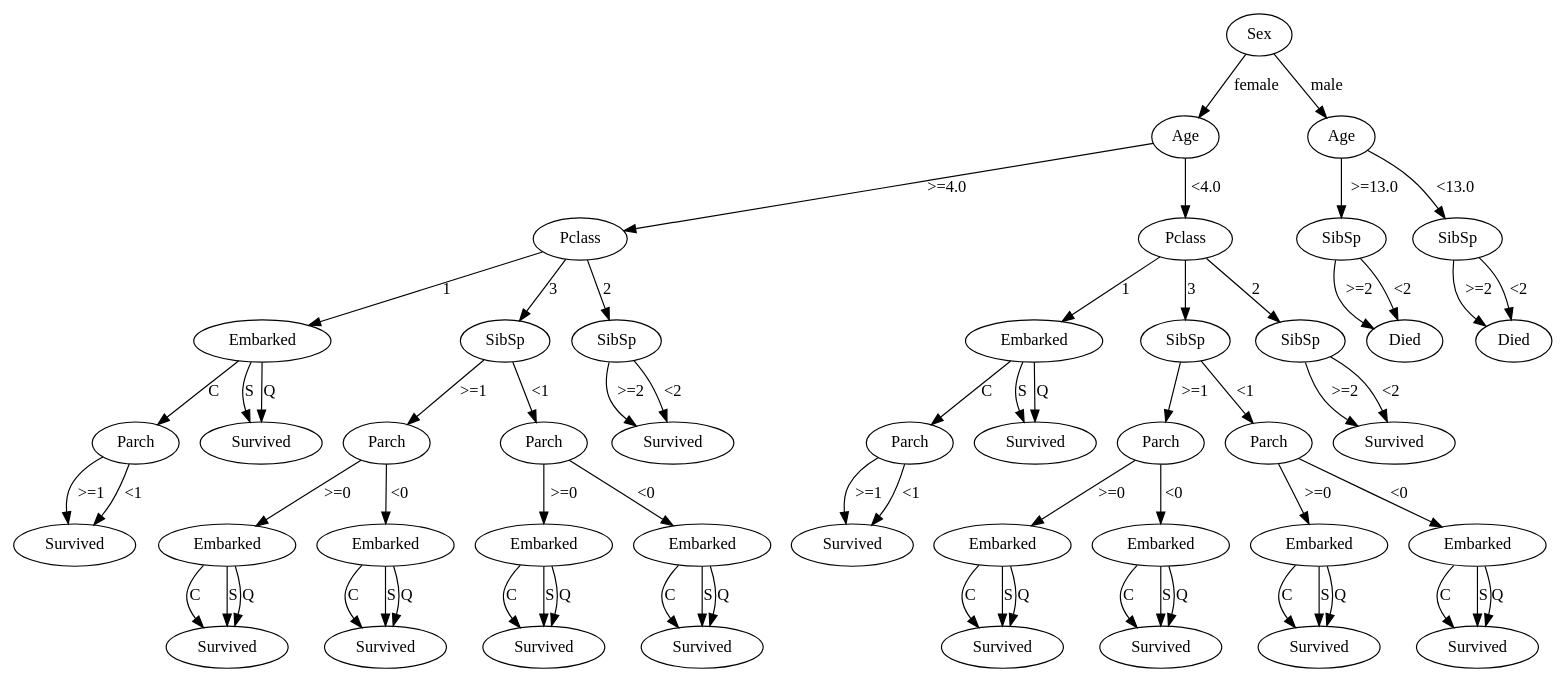
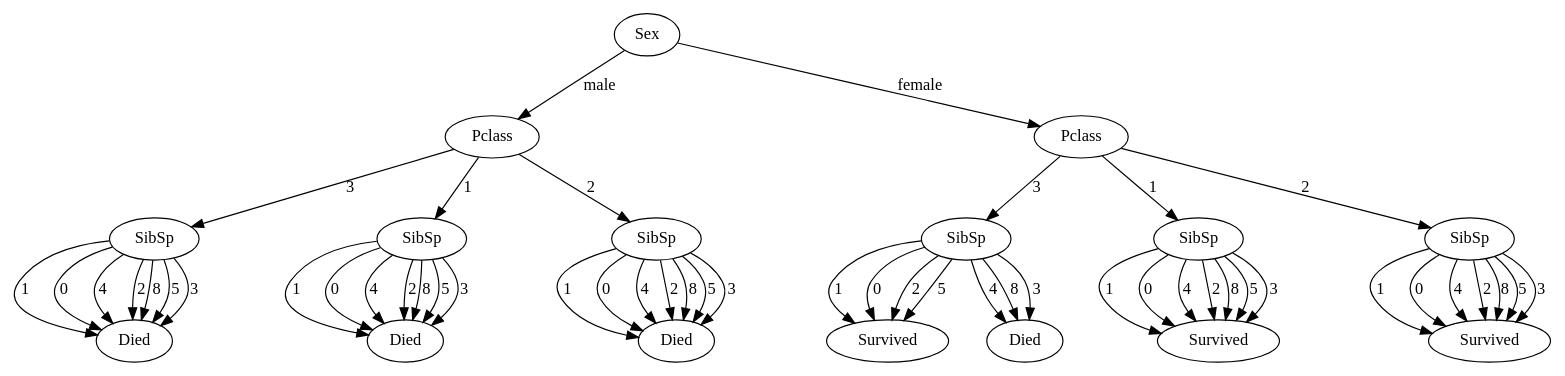
One commit to Jorgro/TDT4171-Methods-in-AI changed the diagram in test2.gv. Above: the diagram before and after it, drawn with Graphviz. The commit also changed 9 other files, not shown here.

```diff
--- a/test2.gv
+++ b/test2.gv
@@ -1,201 +1,153 @@
 // Network
 digraph {
 	Sex0 [label=Sex]
-	Age0 [label=Age]
-	Sex0 -> Age0 [label=female]
-	Age0 [label=Age]
 	Pclass0 [label=Pclass]
-	Age0 -> Pclass0 [label=">=4.0"]
-	Pclass0 [label=Pclass]
-	Embarked0 [label=Embarked]
-	Pclass0 -> Embarked0 [label=1]
-	Embarked0 [label=Embarked]
-	Parch0 [label=Parch]
-	Embarked0 -> Parch0 [label=C]
-	Parch0 [label=Parch]
-	14 [label=Survived]
-	Parch0 -> 14 [label=">=1"]
-	Parch0 [label=Parch]
-	14 [label=Survived]
-	Parch0 -> 14 [label="<1"]
-	Embarked0 [label=Embarked]
-	15 [label=Survived]
-	Embarked0 -> 15 [label=S]
-	Embarked0 [label=Embarked]
-	15 [label=Survived]
-	Embarked0 -> 15 [label=Q]
+	Sex0 -> Pclass0 [label=male]
 	Pclass0 [label=Pclass]
 	SibSp0 [label=SibSp]
 	Pclass0 -> SibSp0 [label=3]
 	SibSp0 [label=SibSp]
-	Parch1 [label=Parch]
-	SibSp0 -> Parch1 [label=">=1"]
-	Parch1 [label=Parch]
-	Embarked1 [label=Embarked]
-	Parch1 -> Embarked1 [label=">=0"]
-	Embarked1 [label=Embarked]
-	19 [label=Survived]
-	Embarked1 -> 19 [label=C]
-	Embarked1 [label=Embarked]
-	19 [label=Survived]
-	Embarked1 -> 19 [label=S]
-	Embarked1 [label=Embarked]
-	19 [label=Survived]
-	Embarked1 -> 19 [label=Q]
-	Parch1 [label=Parch]
-	Embarked2 [label=Embarked]
-	Parch1 -> Embarked2 [label="<0"]
-	Embarked2 [label=Embarked]
-	111 [label=Survived]
-	Embarked2 -> 111 [label=C]
-	Embarked2 [label=Embarked]
-	111 [label=Survived]
-	Embarked2 -> 111 [label=S]
-	Embarked2 [label=Embarked]
-	111 [label=Survived]
-	Embarked2 -> 111 [label=Q]
+	02 [label=Died]
+	SibSp0 -> 02 [label=1]
 	SibSp0 [label=SibSp]
-	Parch2 [label=Parch]
-	SibSp0 -> Parch2 [label="<1"]
-	Parch2 [label=Parch]
-	Embarked3 [label=Embarked]
-	Parch2 -> Embarked3 [label=">=0"]
-	Embarked3 [label=Embarked]
-	115 [label=Survived]
-	Embarked3 -> 115 [label=C]
-	Embarked3 [label=Embarked]
-	115 [label=Survived]
-	Embarked3 -> 115 [label=S]
-	Embarked3 [label=Embarked]
-	115 [label=Survived]
-	Embarked3 -> 115 [label=Q]
-	Parch2 [label=Parch]
-	Embarked4 [label=Embarked]
-	Parch2 -> Embarked4 [label="<0"]
-	Embarked4 [label=Embarked]
-	117 [label=Survived]
-	Embarked4 -> 117 [label=C]
-	Embarked4 [label=Embarked]
-	117 [label=Survived]
-	Embarked4 -> 117 [label=S]
-	Embarked4 [label=Embarked]
-	117 [label=Survived]
-	Embarked4 -> 117 [label=Q]
+	02 [label=Died]
+	SibSp0 -> 02 [label=0]
+	SibSp0 [label=SibSp]
+	02 [label=Died]
+	SibSp0 -> 02 [label=4]
+	SibSp0 [label=SibSp]
+	02 [label=Died]
+	SibSp0 -> 02 [label=2]
+	SibSp0 [label=SibSp]
+	02 [label=Died]
+	SibSp0 -> 02 [label=8]
+	SibSp0 [label=SibSp]
+	02 [label=Died]
+	SibSp0 -> 02 [label=5]
+	SibSp0 [label=SibSp]
+	02 [label=Died]
+	SibSp0 -> 02 [label=3]
 	Pclass0 [label=Pclass]
 	SibSp1 [label=SibSp]
-	Pclass0 -> SibSp1 [label=2]
+	Pclass0 -> SibSp1 [label=1]
 	SibSp1 [label=SibSp]
-	121 [label=Survived]
-	SibSp1 -> 121 [label=">=2"]
+	04 [label=Died]
+	SibSp1 -> 04 [label=1]
 	SibSp1 [label=SibSp]
-	121 [label=Survived]
-	SibSp1 -> 121 [label="<2"]
-	Age0 [label=Age]
+	04 [label=Died]
+	SibSp1 -> 04 [label=0]
+	SibSp1 [label=SibSp]
+	04 [label=Died]
+	SibSp1 -> 04 [label=4]
+	SibSp1 [label=SibSp]
+	04 [label=Died]
+	SibSp1 -> 04 [label=2]
+	SibSp1 [label=SibSp]
+	04 [label=Died]
+	SibSp1 -> 04 [label=8]
+	SibSp1 [label=SibSp]
+	04 [label=Died]
+	SibSp1 -> 04 [label=5]
+	SibSp1 [label=SibSp]
+	04 [label=Died]
+	SibSp1 -> 04 [label=3]
+	Pclass0 [label=Pclass]
+	SibSp2 [label=SibSp]
+	Pclass0 -> SibSp2 [label=2]
+	SibSp2 [label=SibSp]
+	06 [label=Died]
+	SibSp2 -> 06 [label=1]
+	SibSp2 [label=SibSp]
+	06 [label=Died]
+	SibSp2 -> 06 [label=0]
+	SibSp2 [label=SibSp]
+	06 [label=Died]
+	SibSp2 -> 06 [label=4]
+	SibSp2 [label=SibSp]
+	06 [label=Died]
+	SibSp2 -> 06 [label=2]
+	SibSp2 [label=SibSp]
+	06 [label=Died]
+	SibSp2 -> 06 [label=8]
+	SibSp2 [label=SibSp]
+	06 [label=Died]
+	SibSp2 -> 06 [label=5]
+	SibSp2 [label=SibSp]
+	06 [label=Died]
+	SibSp2 -> 06 [label=3]
+	Sex0 [label=Sex]
 	Pclass1 [label=Pclass]
-	Age0 -> Pclass1 [label="<4.0"]
-	Pclass1 [label=Pclass]
-	Embarked5 [label=Embarked]
-	Pclass1 -> Embarked5 [label=1]
-	Embarked5 [label=Embarked]
-	Parch3 [label=Parch]
-	Embarked5 -> Parch3 [label=C]
-	Parch3 [label=Parch]
-	126 [label=Survived]
-	Parch3 -> 126 [label=">=1"]
-	Parch3 [label=Parch]
-	126 [label=Survived]
-	Parch3 -> 126 [label="<1"]
-	Embarked5 [label=Embarked]
-	127 [label=Survived]
-	Embarked5 -> 127 [label=S]
-	Embarked5 [label=Embarked]
-	127 [label=Survived]
-	Embarked5 -> 127 [label=Q]
-	Pclass1 [label=Pclass]
-	SibSp2 [label=SibSp]
-	Pclass1 -> SibSp2 [label=3]
-	SibSp2 [label=SibSp]
-	Parch4 [label=Parch]
-	SibSp2 -> Parch4 [label=">=1"]
-	Parch4 [label=Parch]
-	Embarked6 [label=Embarked]
-	Parch4 -> Embarked6 [label=">=0"]
-	Embarked6 [label=Embarked]
-	131 [label=Survived]
-	Embarked6 -> 131 [label=C]
-	Embarked6 [label=Embarked]
-	131 [label=Survived]
-	Embarked6 -> 131 [label=S]
-	Embarked6 [label=Embarked]
-	131 [label=Survived]
-	Embarked6 -> 131 [label=Q]
-	Parch4 [label=Parch]
-	Embarked7 [label=Embarked]
-	Parch4 -> Embarked7 [label="<0"]
-	Embarked7 [label=Embarked]
-	133 [label=Survived]
-	Embarked7 -> 133 [label=C]
-	Embarked7 [label=Embarked]
-	133 [label=Survived]
-	Embarked7 -> 133 [label=S]
-	Embarked7 [label=Embarked]
-	133 [label=Survived]
-	Embarked7 -> 133 [label=Q]
-	SibSp2 [label=SibSp]
-	Parch5 [label=Parch]
-	SibSp2 -> Parch5 [label="<1"]
-	Parch5 [label=Parch]
-	Embarked8 [label=Embarked]
-	Parch5 -> Embarked8 [label=">=0"]
-	Embarked8 [label=Embarked]
-	137 [label=Survived]
-	Embarked8 -> 137 [label=C]
-	Embarked8 [label=Embarked]
-	137 [label=Survived]
-	Embarked8 -> 137 [label=S]
-	Embarked8 [label=Embarked]
-	137 [label=Survived]
-	Embarked8 -> 137 [label=Q]
-	Parch5 [label=Parch]
-	Embarked9 [label=Embarked]
-	Parch5 -> Embarked9 [label="<0"]
-	Embarked9 [label=Embarked]
-	139 [label=Survived]
-	Embarked9 -> 139 [label=C]
-	Embarked9 [label=Embarked]
-	139 [label=Survived]
-	Embarked9 -> 139 [label=S]
-	Embarked9 [label=Embarked]
-	139 [label=Survived]
-	Embarked9 -> 139 [label=Q]
+	Sex0 -> Pclass1 [label=female]
 	Pclass1 [label=Pclass]
 	SibSp3 [label=SibSp]
-	Pclass1 -> SibSp3 [label=2]
+	Pclass1 -> SibSp3 [label=3]
 	SibSp3 [label=SibSp]
-	143 [label=Survived]
-	SibSp3 -> 143 [label=">=2"]
+	110 [label=Survived]
+	SibSp3 -> 110 [label=1]
 	SibSp3 [label=SibSp]
-	143 [label=Survived]
-	SibSp3 -> 143 [label="<2"]
-	Sex0 [label=Sex]
-	Age1 [label=Age]
-	Sex0 -> Age1 [label=male]
-	Age1 [label=Age]
+	110 [label=Survived]
+	SibSp3 -> 110 [label=0]
+	SibSp3 [label=SibSp]
+	010 [label=Died]
+	SibSp3 -> 010 [label=4]
+	SibSp3 [label=SibSp]
+	110 [label=Survived]
+	SibSp3 -> 110 [label=2]
+	SibSp3 [label=SibSp]
+	010 [label=Died]
+	SibSp3 -> 010 [label=8]
+	SibSp3 [label=SibSp]
+	110 [label=Survived]
+	SibSp3 -> 110 [label=5]
+	SibSp3 [label=SibSp]
+	010 [label=Died]
+	SibSp3 -> 010 [label=3]
+	Pclass1 [label=Pclass]
 	SibSp4 [label=SibSp]
-	Age1 -> SibSp4 [label=">=13.0"]
+	Pclass1 -> SibSp4 [label=1]
 	SibSp4 [label=SibSp]
-	048 [label=Died]
-	SibSp4 -> 048 [label=">=2"]
+	112 [label=Survived]
+	SibSp4 -> 112 [label=1]
 	SibSp4 [label=SibSp]
-	048 [label=Died]
-	SibSp4 -> 048 [label="<2"]
-	Age1 [label=Age]
+	112 [label=Survived]
+	SibSp4 -> 112 [label=0]
+	SibSp4 [label=SibSp]
+	112 [label=Survived]
+	SibSp4 -> 112 [label=4]
+	SibSp4 [label=SibSp]
+	112 [label=Survived]
+	SibSp4 -> 112 [label=2]
+	SibSp4 [label=SibSp]
+	112 [label=Survived]
+	SibSp4 -> 112 [label=8]
+	SibSp4 [label=SibSp]
+	112 [label=Survived]
+	SibSp4 -> 112 [label=5]
+	SibSp4 [label=SibSp]
+	112 [label=Survived]
+	SibSp4 -> 112 [label=3]
+	Pclass1 [label=Pclass]
 	SibSp5 [label=SibSp]
-	Age1 -> SibSp5 [label="<13.0"]
+	Pclass1 -> SibSp5 [label=2]
 	SibSp5 [label=SibSp]
-	050 [label=Died]
-	SibSp5 -> 050 [label=">=2"]
+	114 [label=Survived]
+	SibSp5 -> 114 [label=1]
 	SibSp5 [label=SibSp]
-	050 [label=Died]
-	SibSp5 -> 050 [label="<2"]
+	114 [label=Survived]
+	SibSp5 -> 114 [label=0]
+	SibSp5 [label=SibSp]
+	114 [label=Survived]
+	SibSp5 -> 114 [label=4]
+	SibSp5 [label=SibSp]
+	114 [label=Survived]
+	SibSp5 -> 114 [label=2]
+	SibSp5 [label=SibSp]
+	114 [label=Survived]
+	SibSp5 -> 114 [label=8]
+	SibSp5 [label=SibSp]
+	114 [label=Survived]
+	SibSp5 -> 114 [label=5]
+	SibSp5 [label=SibSp]
+	114 [label=Survived]
+	SibSp5 -> 114 [label=3]
 }
```
